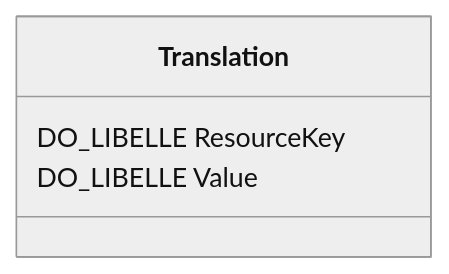
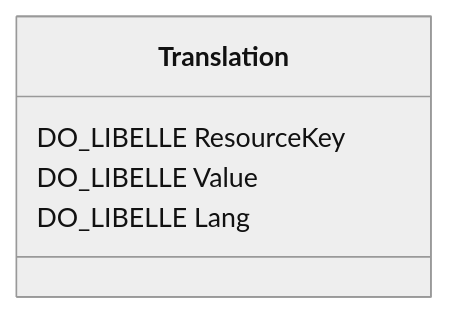
Before and after one commit to klee-contrib/topmodel: the diagram in tests/output/documentation/mermaid/common.md, drawn with Mermaid (neutral theme). The commit also changed 42 other files, not shown here.

````diff
--- a/tests/output/documentation/mermaid/common.md
+++ b/tests/output/documentation/mermaid/common.md
@@ -3,10 +3,11 @@
 ```mermaid
 classDiagram
 %% Table pour stocker les traductions en SQL.
 class Translation{
  DO_LIBELLE ResourceKey
  DO_LIBELLE Value
+ DO_LIBELLE Lang
 }
 
 
 ```
````
